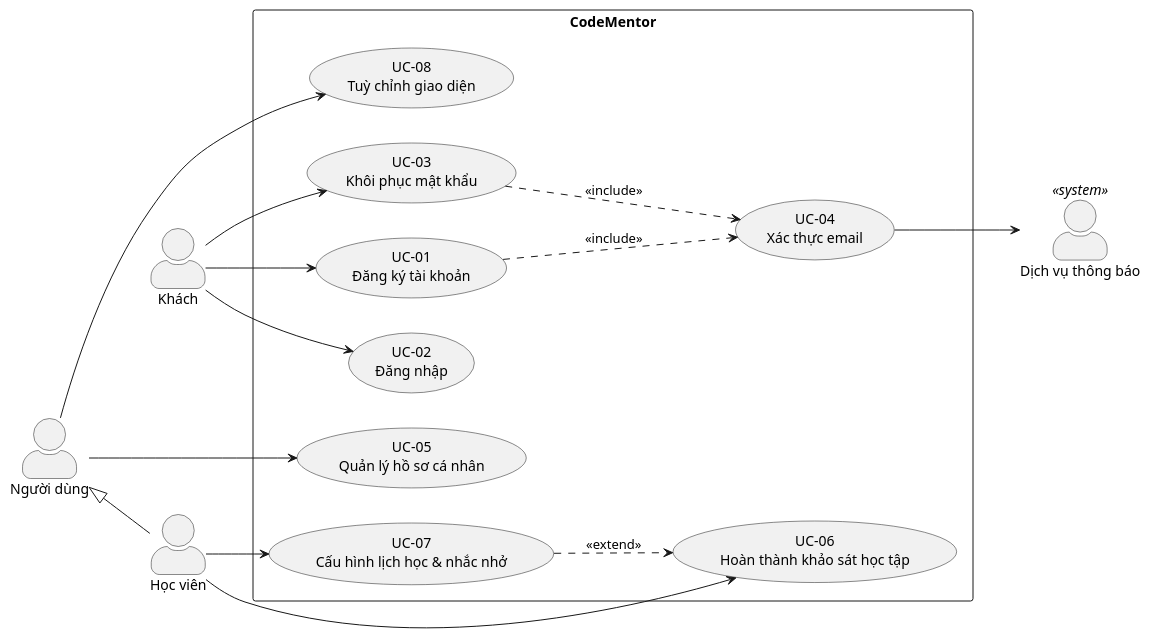
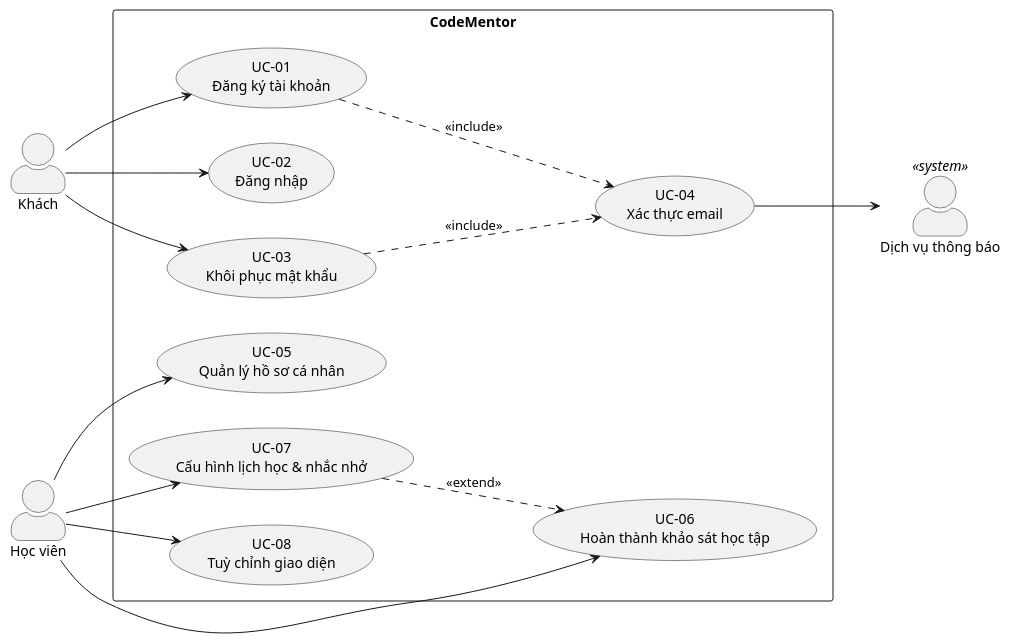
One commit to codementor-official/codementor-infra changed the second of 10 diagrams in docs/07-use-case-model.md. Above: the diagram before and after it, drawn with PlantUML. The commit also changed other lines of this file and 2 other files, not shown here.

````diff
--- a/docs/07-use-case-model.md
+++ b/docs/07-use-case-model.md
@@ -87,38 +87,36 @@
 ```plantuml
 @startuml p1-account
 left to right direction
 skinparam actorStyle awesome
 
 actor "Khách" as Guest
-actor "Người dùng" as User
 actor "Học viên" as Learner
-User <|-- Learner
 
 rectangle "CodeMentor" {
   usecase "UC-01\nĐăng ký tài khoản" as UC01
   usecase "UC-02\nĐăng nhập" as UC02
   usecase "UC-03\nKhôi phục mật khẩu" as UC03
   usecase "UC-04\nXác thực email" as UC04
   usecase "UC-05\nQuản lý hồ sơ cá nhân" as UC05
   usecase "UC-06\nHoàn thành khảo sát học tập" as UC06
   usecase "UC-07\nCấu hình lịch học & nhắc nhở" as UC07
   usecase "UC-08\nTuỳ chỉnh giao diện" as UC08
 
   UC01 ..> UC04 : <<include>>
   UC03 ..> UC04 : <<include>>
   UC07 ..> UC06 : <<extend>>
 }
 
 actor "Dịch vụ thông báo" as Notify <<system>>
 
 Guest --> UC01
 Guest --> UC02
 Guest --> UC03
-User  --> UC05
-User  --> UC08
+Learner --> UC05
+Learner --> UC08
 Learner --> UC06
 Learner --> UC07
 
 UC04 --> Notify
 @enduml
 ```
````
